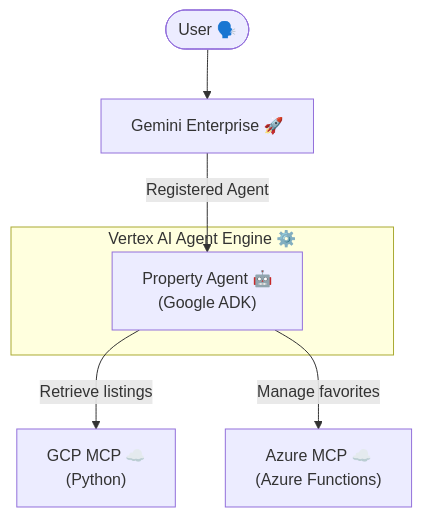
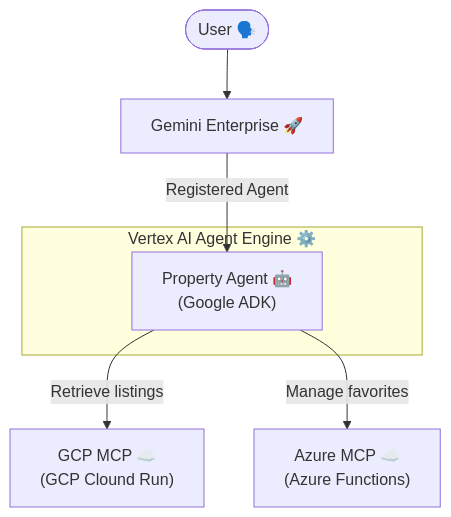
One commit to hning86/jll_demo changed the first of 2 diagrams in README.md. Above: the diagram before and after it, drawn with Mermaid.

Commit message:
docs: update GCP MCP label in architecture diagram

````diff
--- a/README.md
+++ b/README.md
@@ -17,12 +17,12 @@
 ```mermaid
 graph TD
     User(["User 🗣️"]) --> GE["Gemini Enterprise 🚀"]
     
     subgraph VAAE ["Vertex AI Agent Engine ⚙️"]
         PA["Property Agent 🤖 <br/> (Google ADK)"]
     end
 
     GE -- "Registered Agent" --> PA
-    PA -->|Retrieve listings| GCP["GCP MCP ☁️ <br/> (Python)"]
+    PA -->|Retrieve listings| GCP["GCP MCP ☁️ <br/> (GCP Clound Run)"]
     PA -->|Manage favorites| AZ["Azure MCP ☁️ <br/> (Azure Functions)"]
 ```
````
